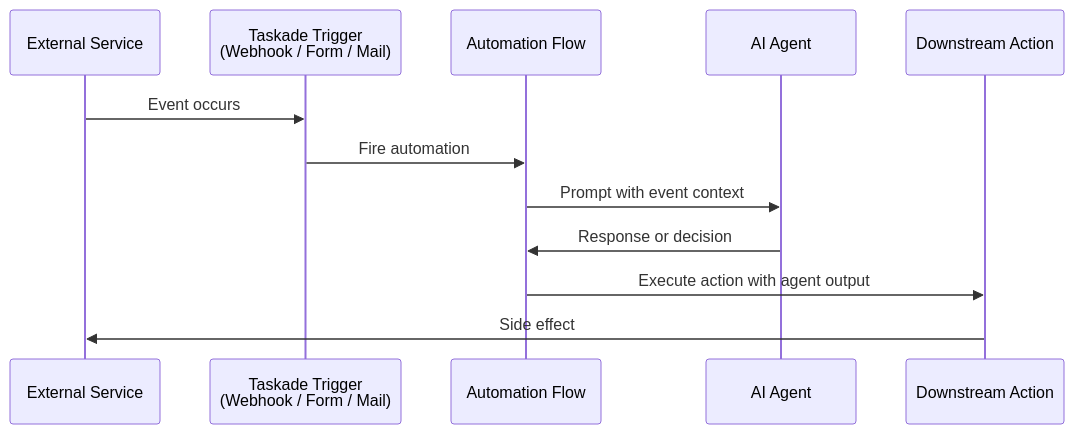
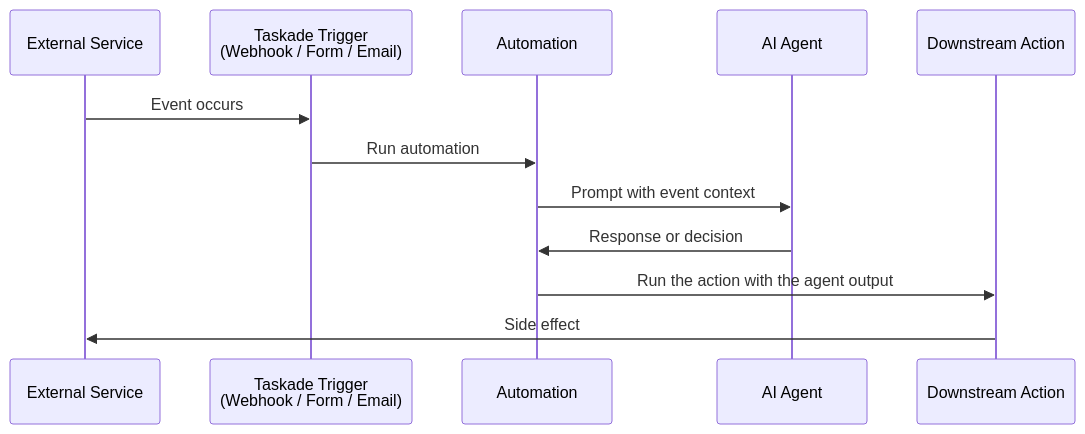
Before and after one commit to taskade/docs: the third of 5 diagrams in apis-living-system-development/autonomous-agents.md, drawn with Mermaid. The commit also changed other lines of this file and 99 other files, not shown here.

````diff
--- a/apis-living-system-development/autonomous-agents.md
+++ b/apis-living-system-development/autonomous-agents.md
@@ -71,15 +77,15 @@
 ```mermaid
 sequenceDiagram
     participant External as External Service
-    participant Trigger as Taskade Trigger<br/>(Webhook / Form / Mail)
-    participant Flow as Automation Flow
+    participant Trigger as Taskade Trigger<br/>(Webhook / Form / Email)
+    participant Run as Automation
     participant Agent as AI Agent
     participant Action as Downstream Action
 
     External->>Trigger: Event occurs
-    Trigger->>Flow: Fire automation
-    Flow->>Agent: Prompt with event context
-    Agent->>Flow: Response or decision
-    Flow->>Action: Execute action with agent output
+    Trigger->>Run: Run automation
+    Run->>Agent: Prompt with event context
+    Agent->>Run: Response or decision
+    Run->>Action: Run the action with the agent output
     Action->>External: Side effect
 ```
````
